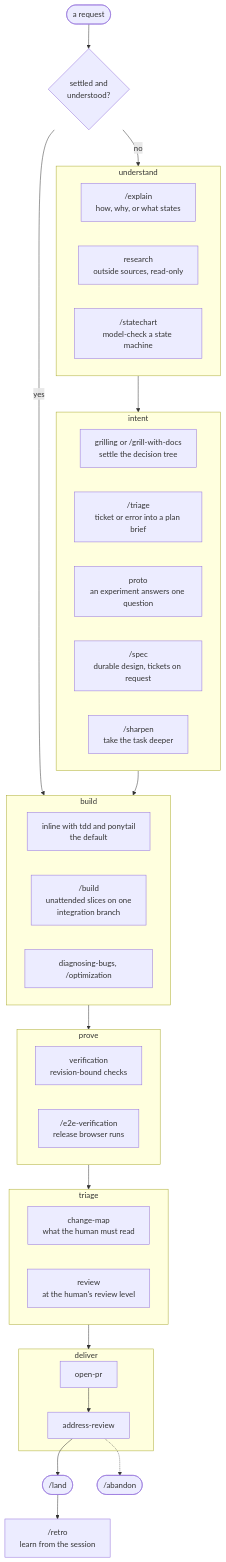
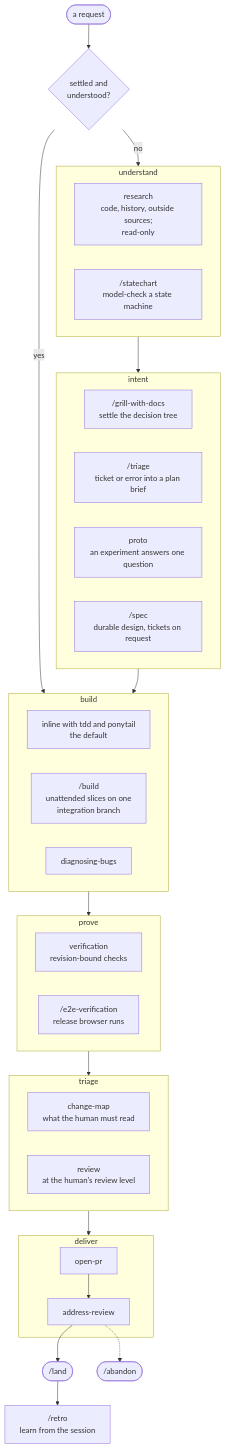
The first of 4 diagrams in docs/workflow.md (jvillegasd/harness), drawn with Mermaid before and after one commit. The commit also changed other lines of this file and 816 other files, not shown here.

````diff
--- a/docs/workflow.md
+++ b/docs/workflow.md
@@ -15,49 +15,47 @@
 ```mermaid
 flowchart TD
     request(["a request"]) --> direct{"settled and<br>understood?"}
     direct -->|yes| build
     direct -->|no| understand
 
     subgraph understand["understand"]
-        explain["/explain<br>how, why, or what states"]
-        research["research<br>outside sources, read-only"]
+        research["research<br>code, history, outside sources;<br>read-only"]
         statechart["/statechart<br>model-check a state machine"]
     end
 
     subgraph intent["intent"]
-        grilling["grilling or /grill-with-docs<br>settle the decision tree"]
+        grilling["/grill-with-docs<br>settle the decision tree"]
         triage["/triage<br>ticket or error into a plan brief"]
         proto["proto<br>an experiment answers one question"]
         spec["/spec<br>durable design, tickets on request"]
-        sharpen["/sharpen<br>take the task deeper"]
     end
 
     subgraph build["build"]
         inline["inline with tdd and ponytail<br>the default"]
         buildskill["/build<br>unattended slices on one<br>integration branch"]
-        diagnosing["diagnosing-bugs, /optimization"]
+        diagnosing["diagnosing-bugs"]
     end
 
     subgraph prove["prove"]
         verification["verification<br>revision-bound checks"]
         e2e["/e2e-verification<br>release browser runs"]
     end
 
     subgraph triagestage["triage"]
         changemap["change-map<br>what the human must read"]
         review["review<br>at the human's review level"]
     end
 
     subgraph deliver["deliver"]
         openpr["open-pr"] --> address["address-review"]
     end
 
     understand --> intent
     intent --> build
     build --> prove
     prove --> triagestage
     triagestage --> deliver
     address --> land(["/land"])
     address -.-> abandon(["/abandon"])
     land --> retro["/retro<br>learn from the session"]
 ```
````
